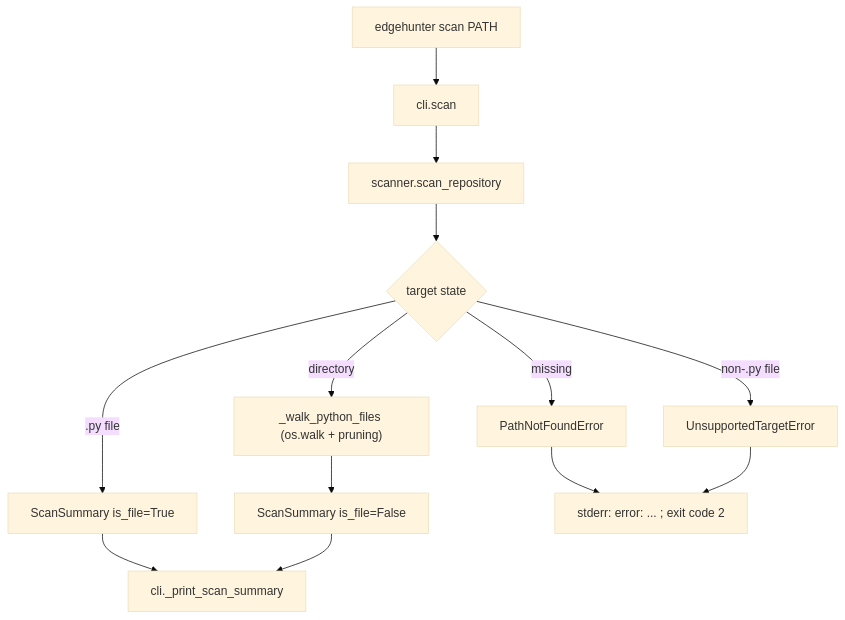
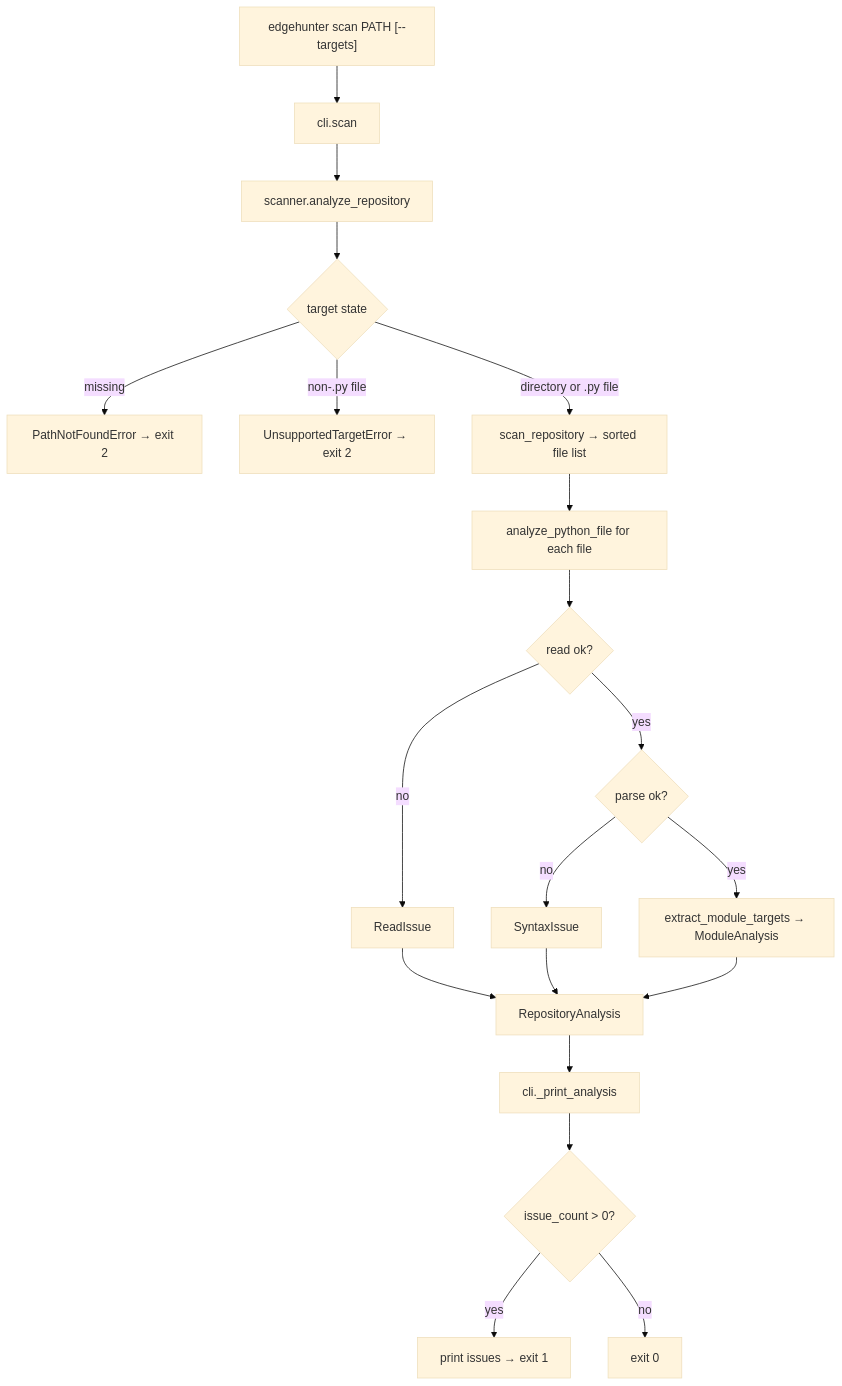
The diagram in flow.md (PrathamKapoor/Faultline), drawn with Mermaid (base theme) before and after one commit. The commit also changed other lines of this file and 12 other files, not shown here.

````diff
--- a/flow.md
+++ b/flow.md
@@ -86,15 +104,22 @@
 ```mermaid
 flowchart TD
-    A["edgehunter scan PATH"] --> B["cli.scan"]
-    B --> C["scanner.scan_repository"]
+    A["edgehunter scan PATH [--targets]"] --> B["cli.scan"]
+    B --> C["scanner.analyze_repository"]
     C --> D{"target state"}
-    D -->|missing| E["PathNotFoundError"]
-    D -->|"non-.py file"| F["UnsupportedTargetError"]
-    D -->|".py file"| G["ScanSummary is_file=True"]
-    D -->|directory| H["_walk_python_files (os.walk + pruning)"]
-    H --> I["ScanSummary is_file=False"]
-    G --> J["cli._print_scan_summary"]
-    I --> J
-    E --> K["stderr: error: ... ; exit code 2"]
-    F --> K
+    D -->|missing| E["PathNotFoundError → exit 2"]
+    D -->|"non-.py file"| F["UnsupportedTargetError → exit 2"]
+    D -->|"directory or .py file"| G["scan_repository → sorted file list"]
+    G --> H["analyze_python_file for each file"]
+    H --> I{"read ok?"}
+    I -->|no| J["ReadIssue"]
+    I -->|yes| K{"parse ok?"}
+    K -->|no| L["SyntaxIssue"]
+    K -->|yes| M["extract_module_targets → ModuleAnalysis"]
+    J --> N["RepositoryAnalysis"]
+    L --> N
+    M --> N
+    N --> O["cli._print_analysis"]
+    O --> P{"issue_count > 0?"}
+    P -->|yes| Q["print issues → exit 1"]
+    P -->|no| R["exit 0"]
 ```
````
